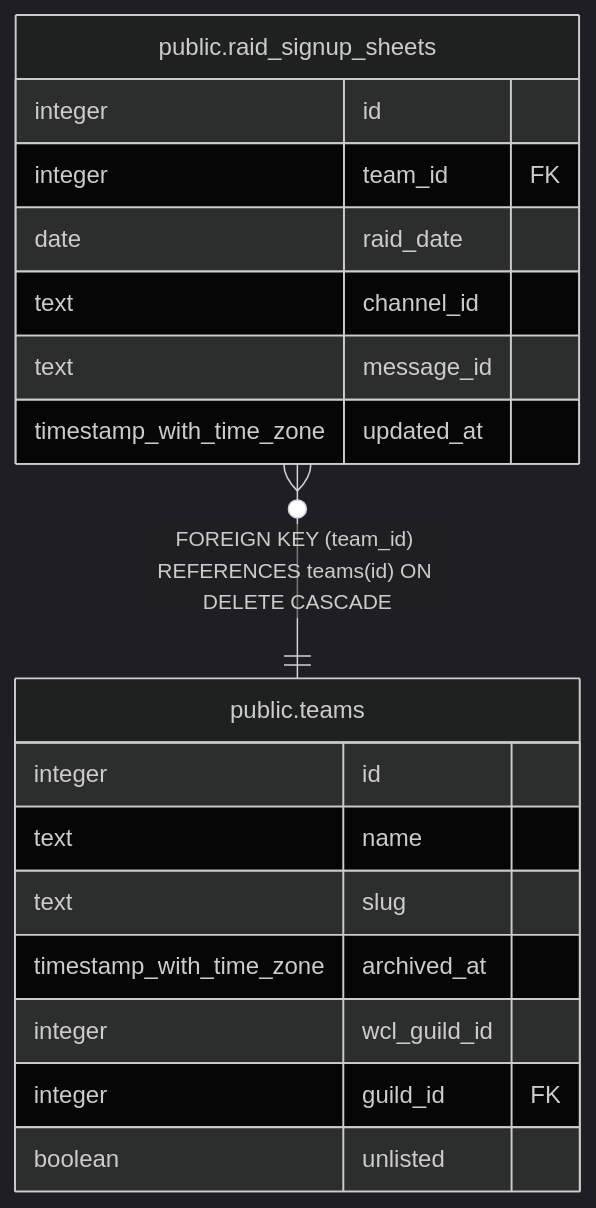
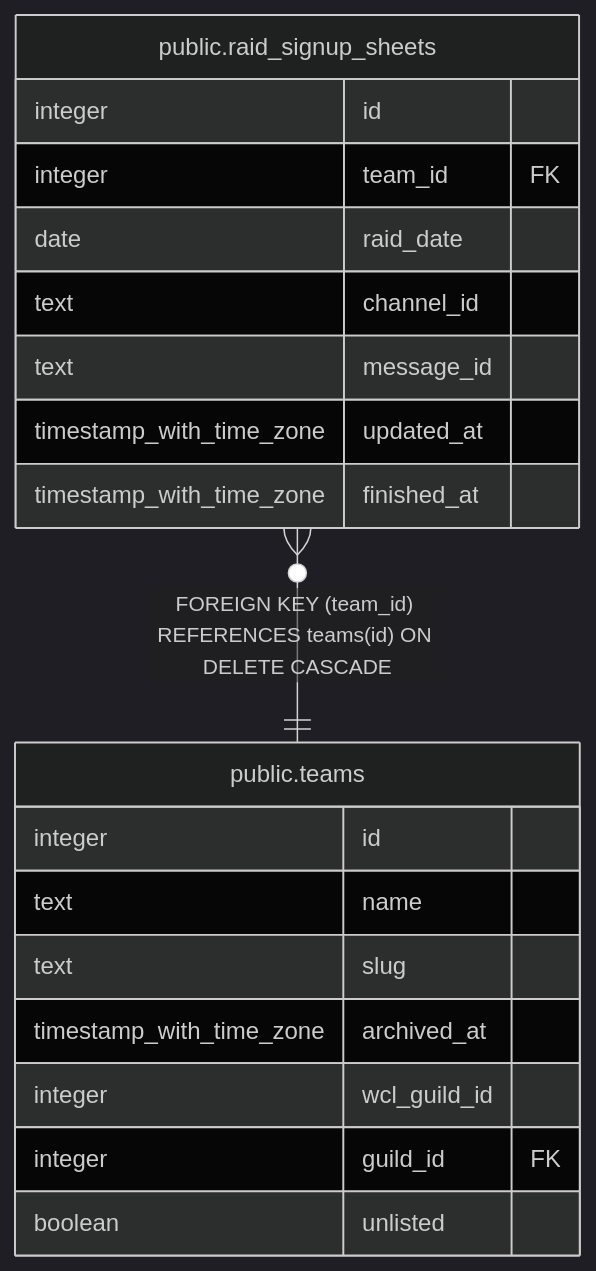
Before and after one commit to katogaming88/WGA-Raid-Hub: the diagram in dbdoc/public.raid_signup_sheets.md, drawn with Mermaid (dark theme). The commit also changed other lines of this file and 39 other files, not shown here.

````diff
--- a/dbdoc/public.raid_signup_sheets.md
+++ b/dbdoc/public.raid_signup_sheets.md
@@ -35,23 +36,24 @@
 ```mermaid
 erDiagram
 
 "public.raid_signup_sheets" }o--|| "public.teams" : "FOREIGN KEY (team_id) REFERENCES teams(id) ON DELETE CASCADE"
 
 "public.raid_signup_sheets" {
   integer id
   integer team_id FK
   date raid_date
   text channel_id
   text message_id
   timestamp_with_time_zone updated_at
+  timestamp_with_time_zone finished_at
 }
 "public.teams" {
   integer id
   text name
   text slug
   timestamp_with_time_zone archived_at
   integer wcl_guild_id
   integer guild_id FK
   boolean unlisted
 }
 ```
````
